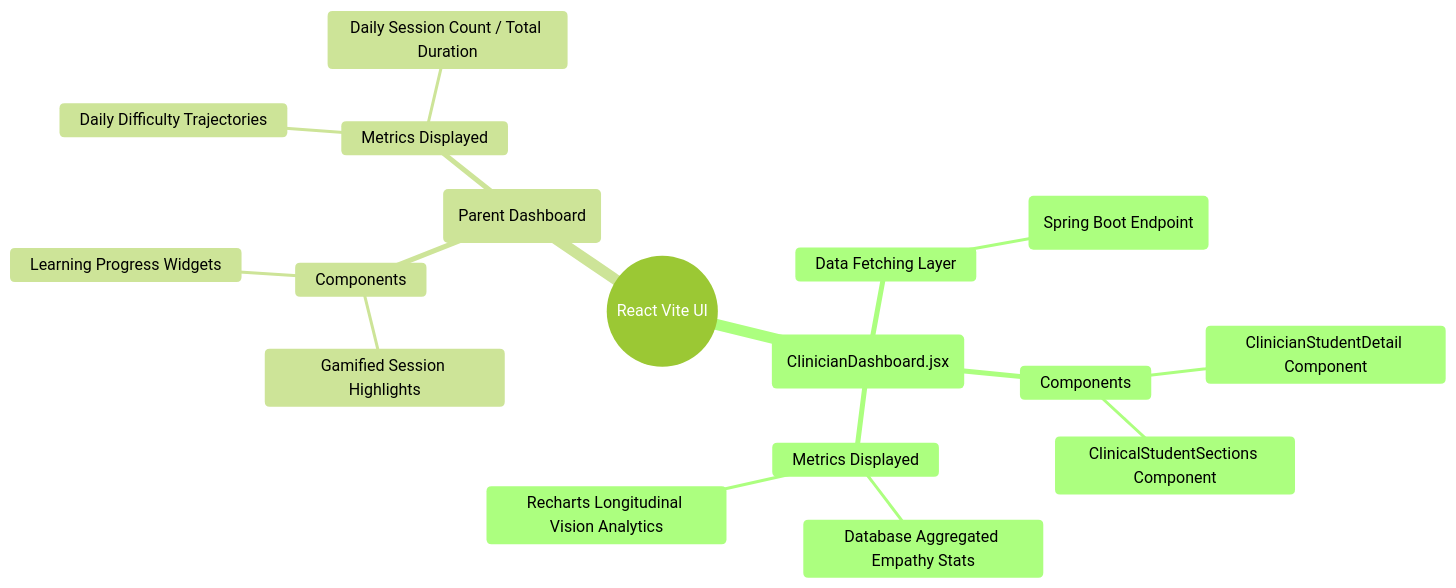
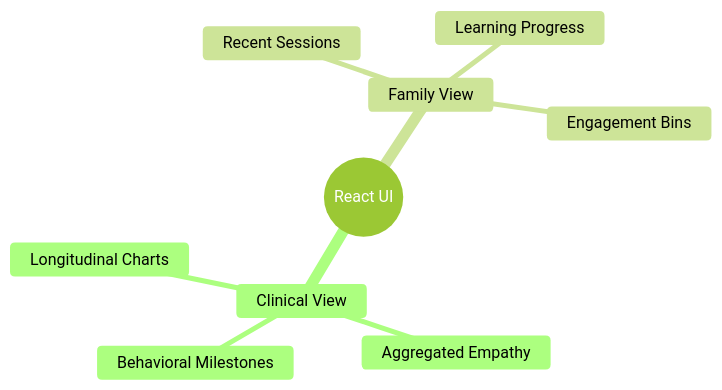
Before and after one commit to deepanmpc/LaRa: the eighth of 10 diagrams in ARCHITECTURE.md, drawn with Mermaid (forest theme). The commit also changed other lines of this file, not shown here.

Commit message:
docs: refactor architecture diagrams for 2-column research paper optimization

````diff
--- a/ARCHITECTURE.md
+++ b/ARCHITECTURE.md
@@ -193,20 +164,12 @@
 ```mermaid
 mindmap
-  root((React Vite UI))
-    Clinical View (ClinicianDashboard.jsx)
-      Data Fetching Layer
-        DashboardAPIController (Spring Boot Endpoint)
-      Components
-        ClinicianStudentDetail Component
-        ClinicalStudentSections Component
-      Metrics Displayed
-        Database Aggregated Empathy Stats
-        Recharts Longitudinal Vision Analytics
-    Family View (Parent Dashboard)
-      Components
-        Gamified Session Highlights
-        Learning Progress Widgets
-      Metrics Displayed
-        Daily Difficulty Trajectories
-        Daily Session Count / Total Duration
+  root((React UI))
+    Clinical View
+      Longitudinal Charts
+      Aggregated Empathy
+      Behavioral Milestones
+    Family View
+      Recent Sessions
+      Learning Progress
+      Engagement Bins
 ```
````
